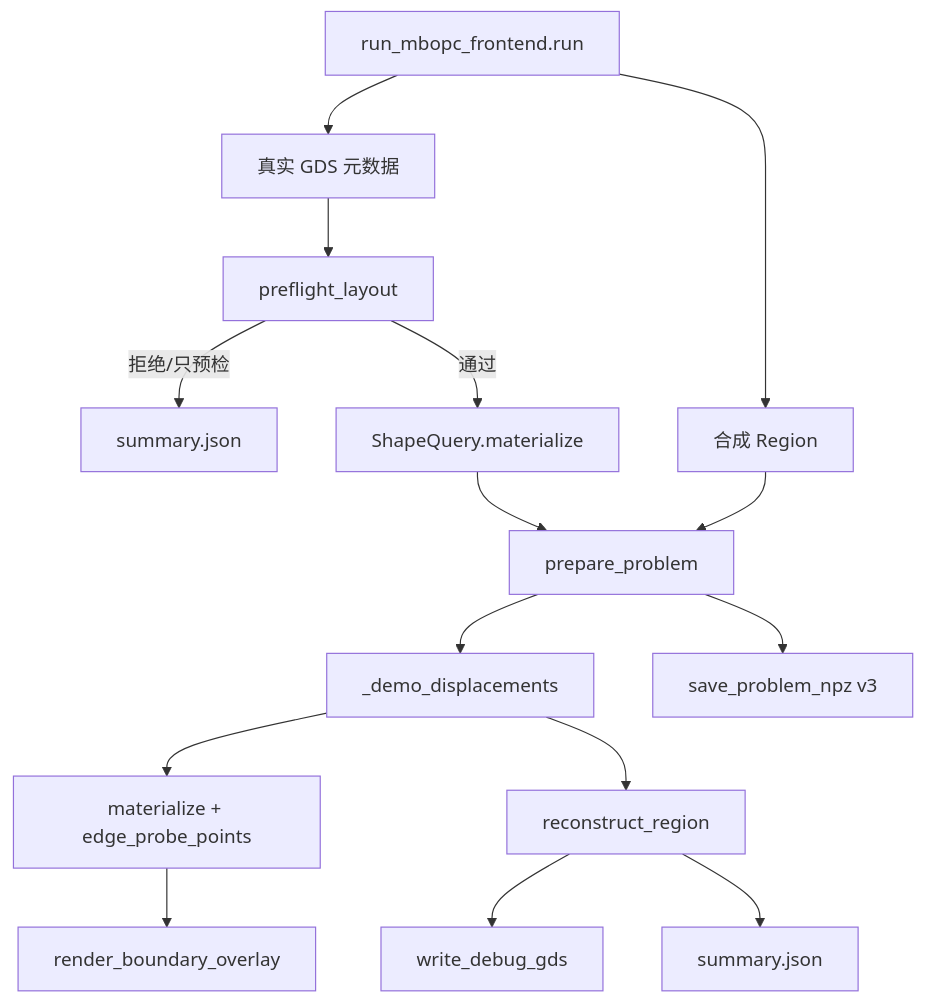
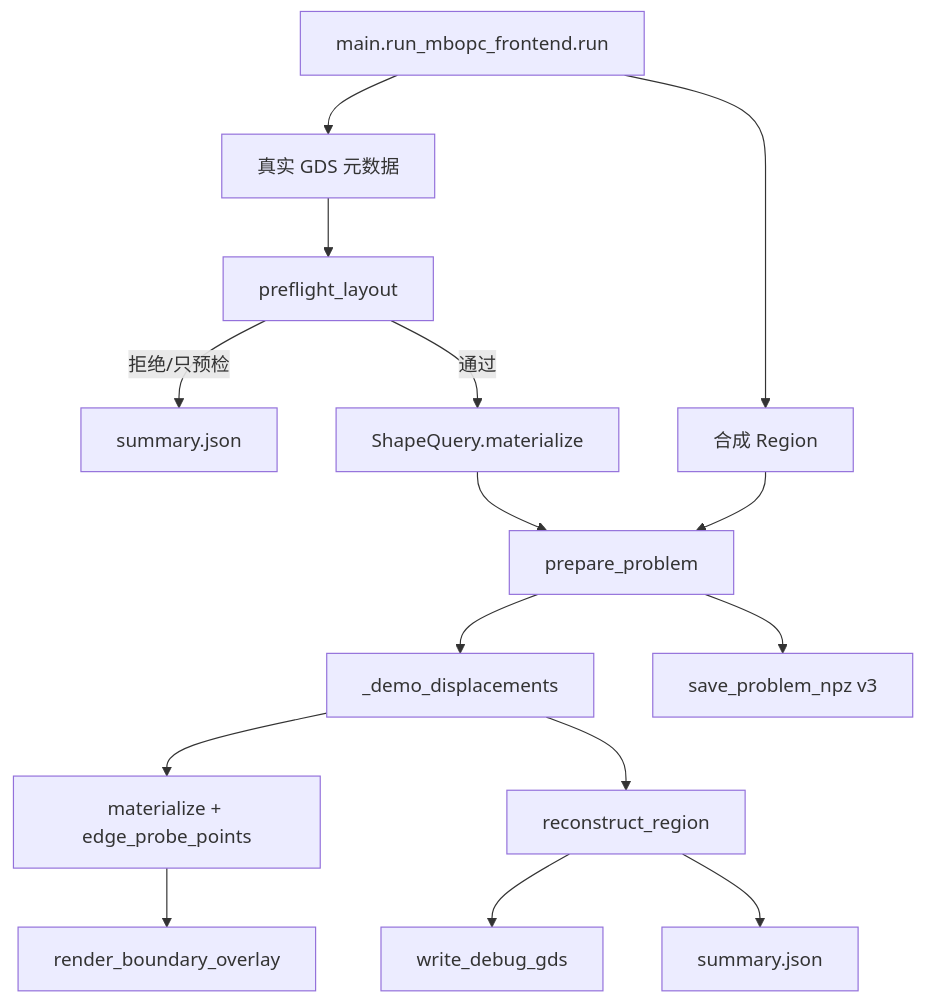
The ninth of 10 diagrams in doc/function_call_architecture.md (Eve429/MyOPC), drawn with Mermaid before and after one commit. The commit also changed other lines of this file and 10 other files, not shown here.

````diff
--- a/doc/function_call_architecture.md
+++ b/doc/function_call_architecture.md
@@ -185,17 +206,17 @@
 ```mermaid
 flowchart TD
-    A[run_mbopc_frontend.run] --> B[真实 GDS 元数据]
+    A[main.run_mbopc_frontend.run] --> B[真实 GDS 元数据]
     B --> P[preflight_layout]
     P -->|拒绝/只预检| R[summary.json]
     P -->|通过| C0[ShapeQuery.materialize]
     A --> S[合成 Region]
     C0 --> C[prepare_problem]
     S --> C
     C --> D[_demo_displacements]
     D --> E[materialize + edge_probe_points]
     D --> F[reconstruct_region]
     C --> G[save_problem_npz v3]
     E --> H[render_boundary_overlay]
     F --> I[write_debug_gds]
     F --> J[summary.json]
 ```
````
